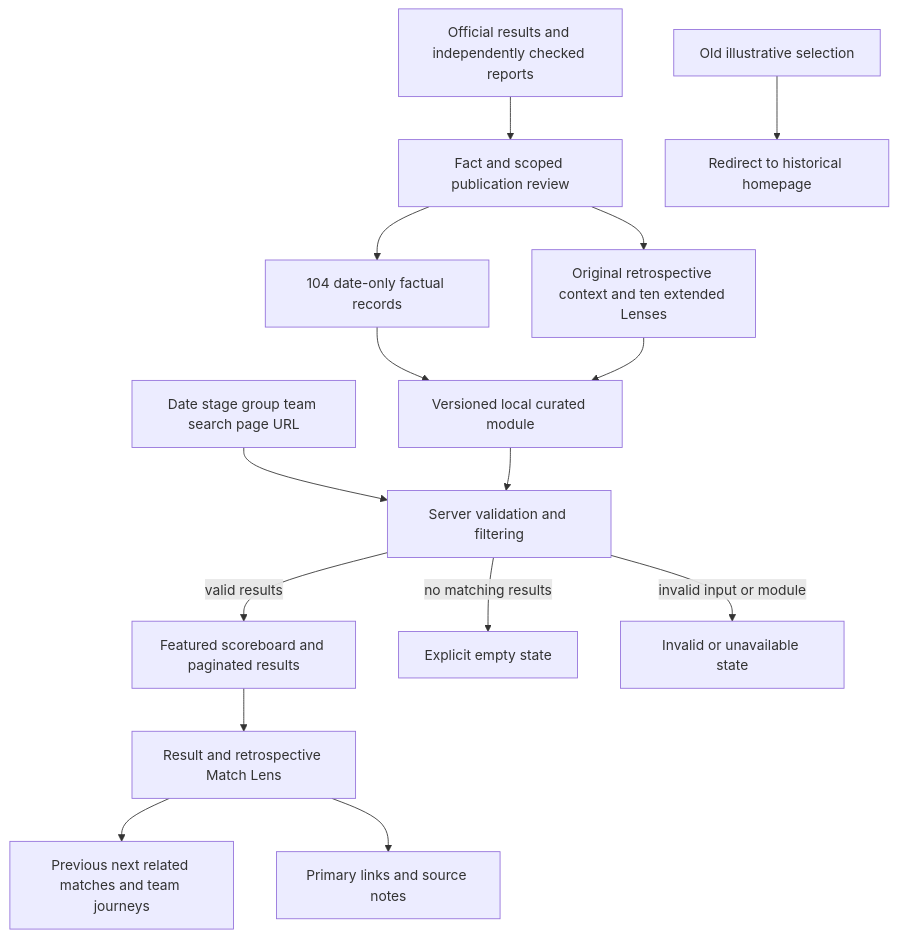
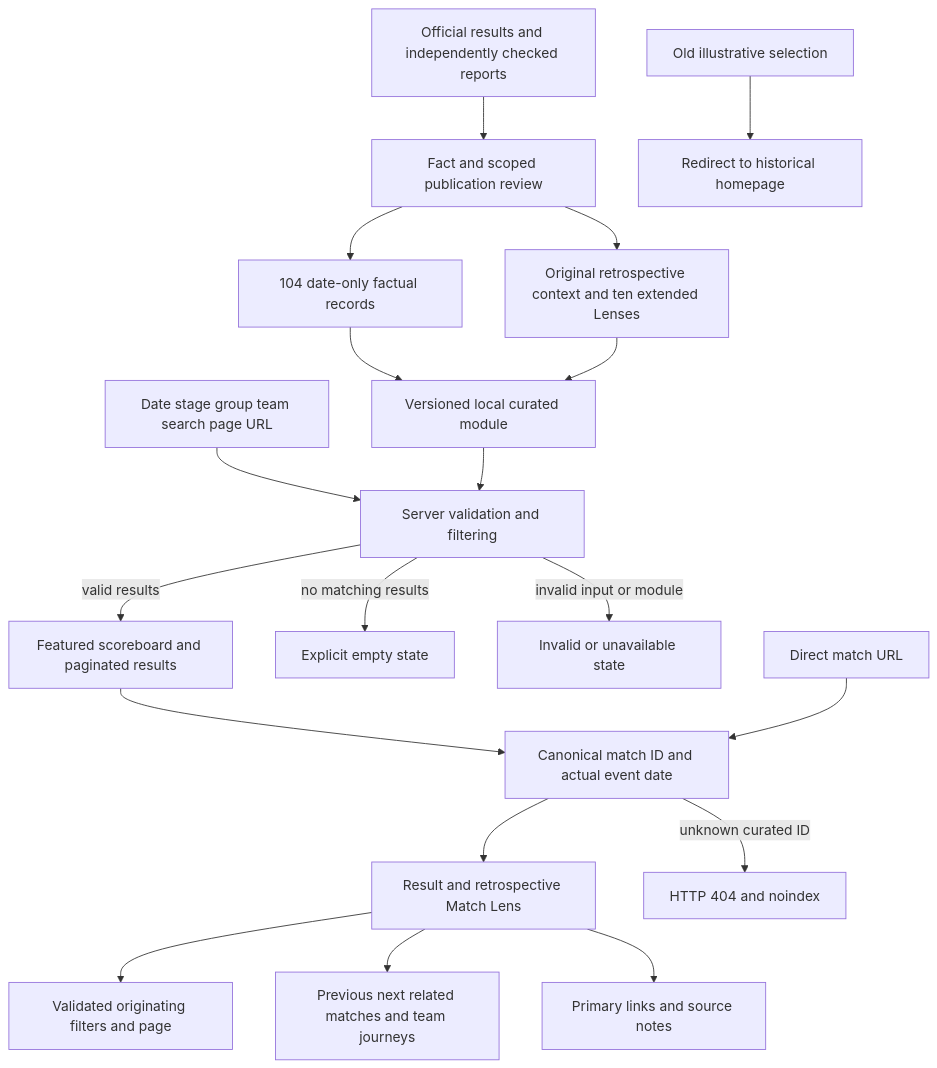
Before and after one commit to jeffreymutethia/world-cup-lens: the first of 3 diagrams in docs/architecture.md, drawn with Mermaid. The commit also changed other lines of this file and 29 other files, not shown here.

````diff
--- a/docs/architecture.md
+++ b/docs/architecture.md
@@ -9,17 +9,21 @@
 ```mermaid
 flowchart TD
   Sources[Official results and independently checked reports] --> Review[Fact and scoped publication review]
   Review --> Records[104 date-only factual records]
   Review --> Editorial[Original retrospective context and ten extended Lenses]
   Records --> Module[Versioned local curated module]
   Editorial --> Module
   URL[Date stage group team search page URL] --> Selection[Server validation and filtering]
   Module --> Selection
   Selection -->|valid results| Listing[Featured scoreboard and paginated results]
   Selection -->|no matching results| Empty[Explicit empty state]
   Selection -->|invalid input or module| Error[Invalid or unavailable state]
-  Listing --> Detail[Result and retrospective Match Lens]
+  Listing --> Identity[Canonical match ID and actual event date]
+  Direct[Direct match URL] --> Identity
+  Identity --> Detail[Result and retrospective Match Lens]
+  Identity -->|unknown curated ID| NotFound[HTTP 404 and noindex]
+  Detail --> Return[Validated originating filters and page]
   Detail --> Navigation[Previous next related matches and team journeys]
   Detail --> Attribution[Primary links and source notes]
   Old[Old illustrative selection] --> Redirect[Redirect to historical homepage]
 ```
````
